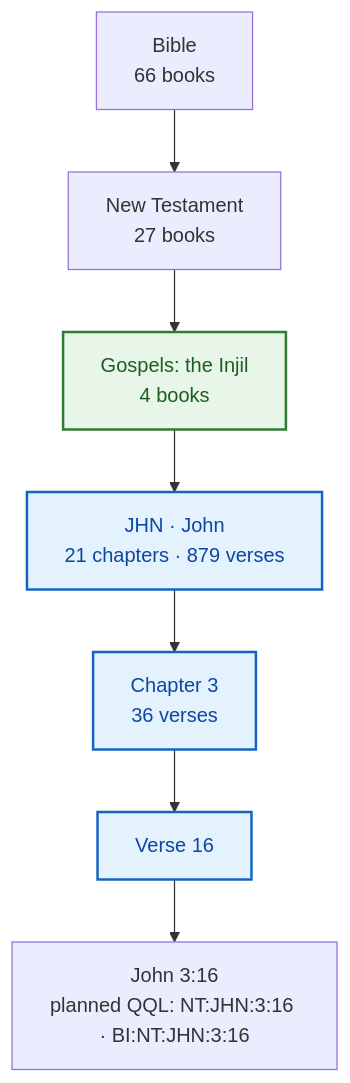
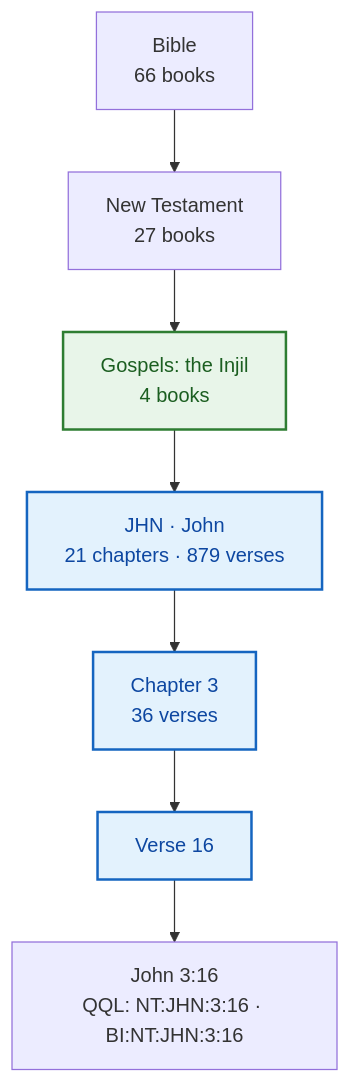
One commit to mazhar266/QQ-Lang changed the fourth of 6 diagrams in docs/learning/bible.md. Above: the diagram before and after it, drawn with Mermaid. The commit also changed other lines of this file and 1465 other files, not shown here.

````diff
--- a/docs/learning/bible.md
+++ b/docs/learning/bible.md
@@ -164,15 +164,15 @@
 ```mermaid
 flowchart TD
     B["Bible<br/>66 books"]
     B --> T["New Testament<br/>27 books"]
     T --> S["Gospels: the Injil<br/>4 books"]
     S --> K["JHN · John<br/>21 chapters · 879 verses"]
     K --> C["Chapter 3<br/>36 verses"]
     C --> V["Verse 16"]
-    V --> R["John 3:16<br/>planned QQL: NT:JHN:3:16 · BI:NT:JHN:3:16"]
+    V --> R["John 3:16<br/>QQL: NT:JHN:3:16 · BI:NT:JHN:3:16"]
 
     classDef islamic fill:#e8f5e9,stroke:#2e7d32,stroke-width:2px,color:#1b5e20;
     classDef level fill:#e3f2fd,stroke:#1565c0,stroke-width:2px,color:#0d47a1;
     class S islamic;
     class K,C,V level;
 ```
````
